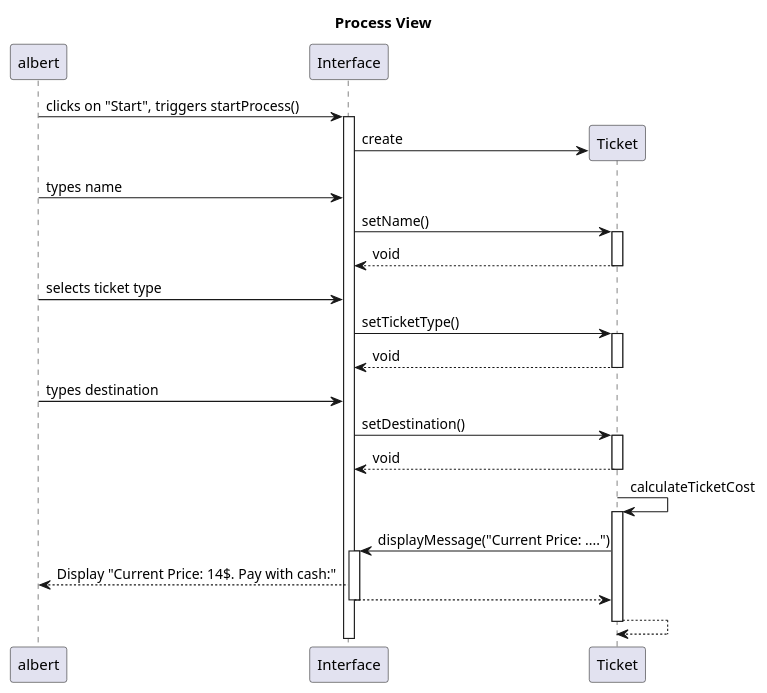
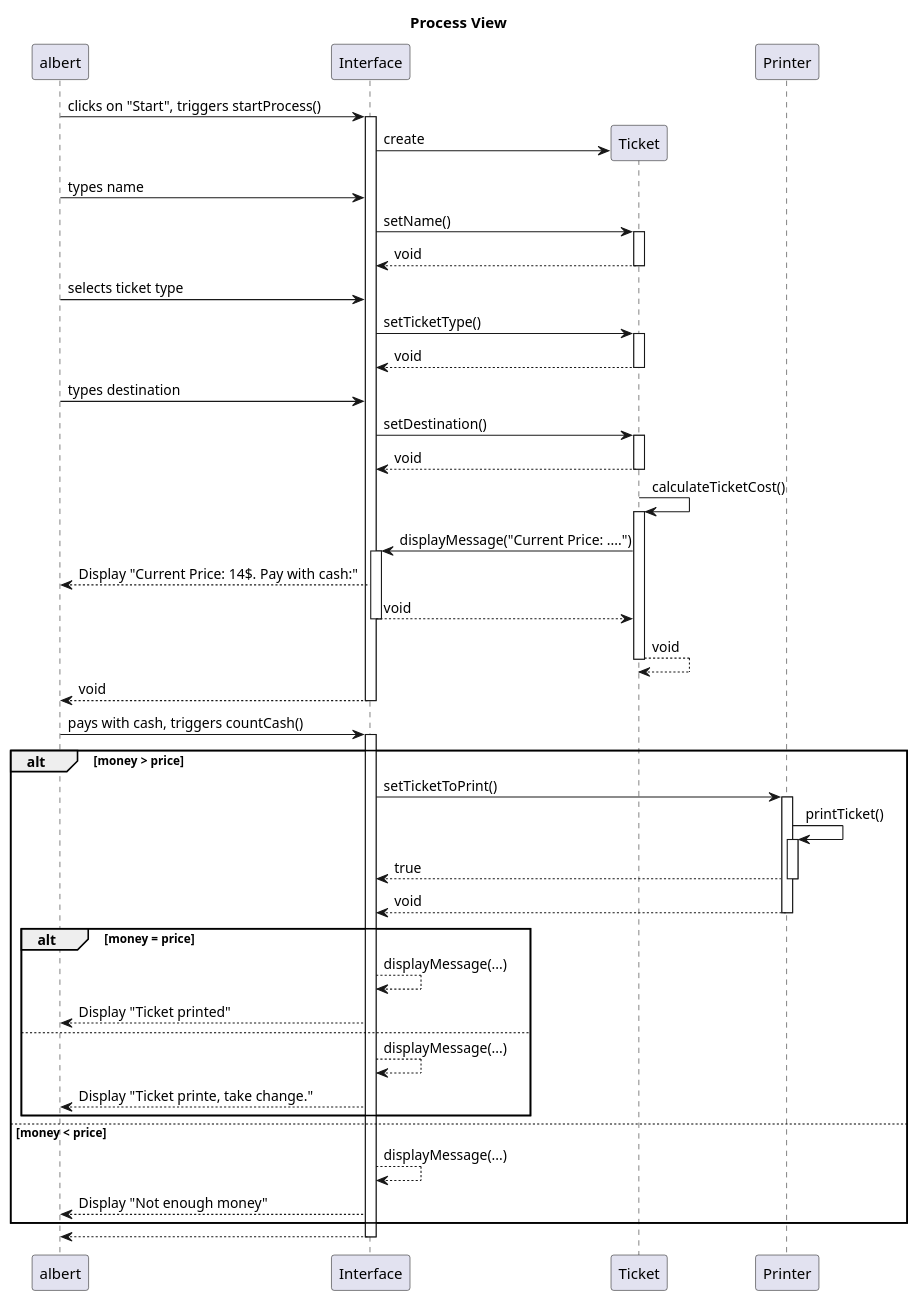
Before and after one commit to larsfriese/swed-fra-uas: the second of 4 diagrams in src/sheet2/2.puml, drawn with PlantUML. The commit also changed other lines of this file and 4 other files, not shown here.

```diff
--- a/src/sheet2/2.puml
+++ b/src/sheet2/2.puml
@@ -47,43 +48,67 @@
 @startuml
 skinparam classAttributeIconSize 0
 
 title Process View
 autoactivate off
 albert -> Interface : clicks on "Start", triggers startProcess()
 activate Interface
 Interface -> Ticket ** : create
 
 
 albert -> Interface: types name
 
 Interface -> Ticket: setName()
 activate Ticket
 Ticket --> Interface: void
 deactivate Ticket
 
 albert -> Interface: selects ticket type
 Interface -> Ticket: setTicketType()
 activate Ticket
 Ticket --> Interface: void
 deactivate Ticket
 
 albert -> Interface: types destination
 Interface -> Ticket: setDestination()
 activate Ticket
 Ticket --> Interface: void
 deactivate Ticket
 
-Ticket -> Ticket : calculateTicketCost
+Ticket -> Ticket : calculateTicketCost()
 activate Ticket
 Ticket -> Interface: displayMessage("Current Price: ....")
 activate Interface
 Interface --> albert: Display "Current Price: 14$. Pay with cash:"
-return
+return void
+return void
+return void
+
+albert -> Interface: pays with cash, triggers countCash()
+activate Interface
+alt money > price
+    Interface -> Printer: setTicketToPrint()
+    activate Printer
+    Printer -> Printer: printTicket()
+    activate Printer
+    Printer --> Interface: true
+    deactivate Printer
+    return void
+
+alt money = price
+    Interface --> Interface: displayMessage(...)
+    Interface --> albert: Display "Ticket printed"
+else
+    Interface --> Interface: displayMessage(...)
+    Interface --> albert: Display "Ticket printe, take change."
+end
+else money < price
+    Interface --> Interface: displayMessage(...)
+    Interface --> albert: Display "Not enough money"
+end
+
 return
 
 
 
 
-
-
 @enduml
```
